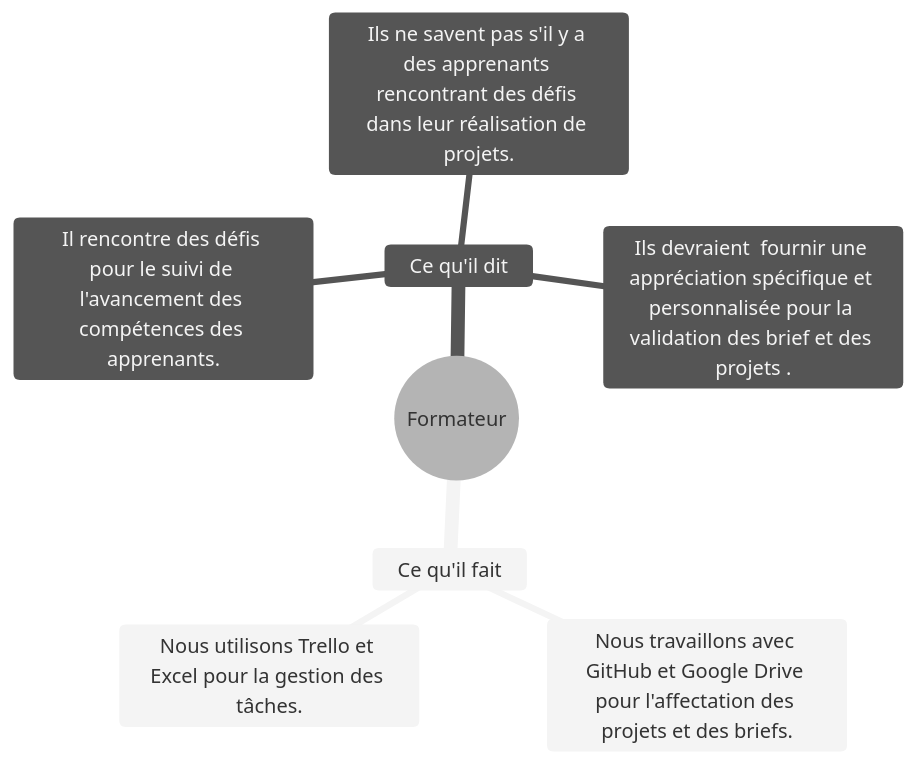
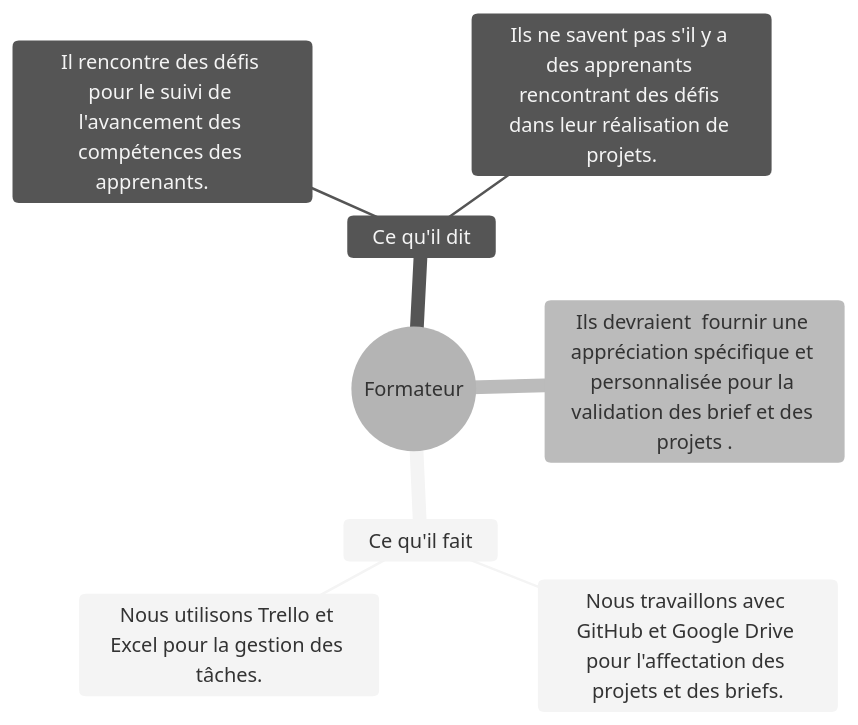
Before and after one commit to solicoders/soli-lms: the diagram in docs/Besoin/pkg_validations/Carte-empathie.mmd, drawn with Mermaid (neutral theme). The commit also changed 2 other files, not shown here.

Commit message:
Update mindmap files for Apprenant and Formateur

```diff
--- a/docs/Besoin/pkg_validations/Carte-empathie.mmd
+++ b/docs/Besoin/pkg_validations/Carte-empathie.mmd
@@ -1,12 +1,13 @@
 %% @config(../../../modélisation/mindmap-config.json)
 mindmap
-  root((Formateur))
+ root((Formateur))
 
     Ce qu'il fait
-      Nous travaillons avec GitHub et Google Drive pour l'affectation des projets et des briefs.
-      Nous utilisons Trello et Excel pour la gestion des tâches.
+     Nous travaillons avec GitHub et Google Drive pour l'affectation des projets et des briefs.
+
+     Nous utilisons Trello et Excel pour la gestion des tâches.
 
     Ce qu'il dit
-      Il rencontre des défis pour le suivi de l'avancement des compétences des apprenants.
-      Ils ne savent pas s'il y a des apprenants rencontrant des défis dans leur réalisation de projets.
-      Ils devraient  fournir une appréciation spécifique et personnalisée pour la validation des brief et des projets .
+        Il rencontre des défis pour le suivi de l'avancement des compétences des apprenants.    
+        Ils ne savent pas s'il y a des apprenants rencontrant des défis dans leur réalisation de projets.
+   Ils devraient  fournir une appréciation spécifique et personnalisée pour la validation des brief et des projets .
```
